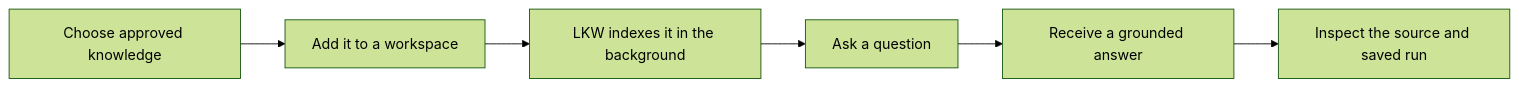
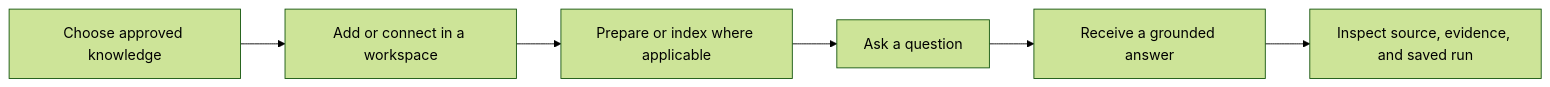
Before and after one commit to jakbuczarnecki/intergrax: the first of 2 diagrams in applications/local_workspace_application/docs/product/LKW_PRODUCT_TOUR.md, drawn with Mermaid (forest theme). The commit also changed other lines of this file and 2 other files, not shown here.

First line of the commit message:
PDOC-3R: align LKW Product Tour with product-first PDOC-2 contract.

````diff
--- a/applications/local_workspace_application/docs/product/LKW_PRODUCT_TOUR.md
+++ b/applications/local_workspace_application/docs/product/LKW_PRODUCT_TOUR.md
@@ -71,8 +49,8 @@
 ```mermaid
 flowchart LR
-    A[Choose approved knowledge] --> B[Add it to a workspace]
-    B --> C[LKW indexes it in the background]
+    A[Choose approved knowledge] --> B[Add or connect in a workspace]
+    B --> C[Prepare or index where applicable]
     C --> D[Ask a question]
     D --> E[Receive a grounded answer]
-    E --> F[Inspect the source and saved run]
+    E --> F[Inspect source, evidence, and saved run]
 ```
````
